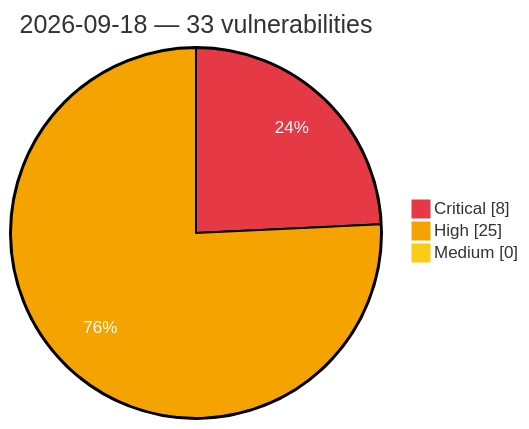
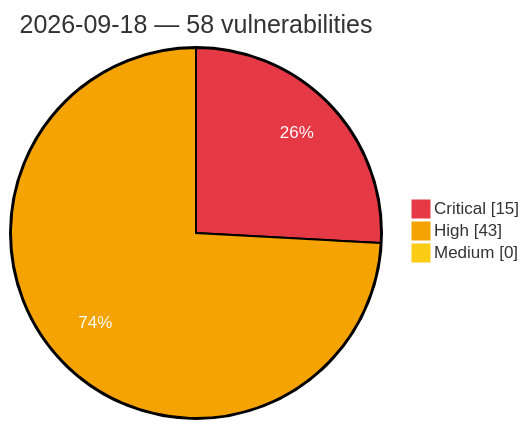
Before and after one commit to GhostX0X/vuln-tracker: the diagram in vulnerabilities/2026/September/2026-09-18.md, drawn with Mermaid. The commit also changed other lines of this file and 5 other files, not shown here.

Commit message:
Auto update: critical/high vulns (2026-09-18 17:29 UTC)

````diff
--- a/vulnerabilities/2026/September/2026-09-18.md
+++ b/vulnerabilities/2026/September/2026-09-18.md
@@ -3,8 +3,8 @@
 ```mermaid
 %%{init: {'theme':'base', 'themeVariables': {'pie1':'#e63946', 'pie2':'#f4a300', 'pie3':'#facc15', 'pieOpacity':'1', 'pieOuterStrokeWidth':'2px', 'pieSectionTextColor':'#ffffff'}}}%%
 pie showData
-    title 2026-09-18 — 33 vulnerabilities
-    "Critical" : 8
-    "High" : 25
+    title 2026-09-18 — 58 vulnerabilities
+    "Critical" : 15
+    "High" : 43
     "Medium" : 0
 ```
````
